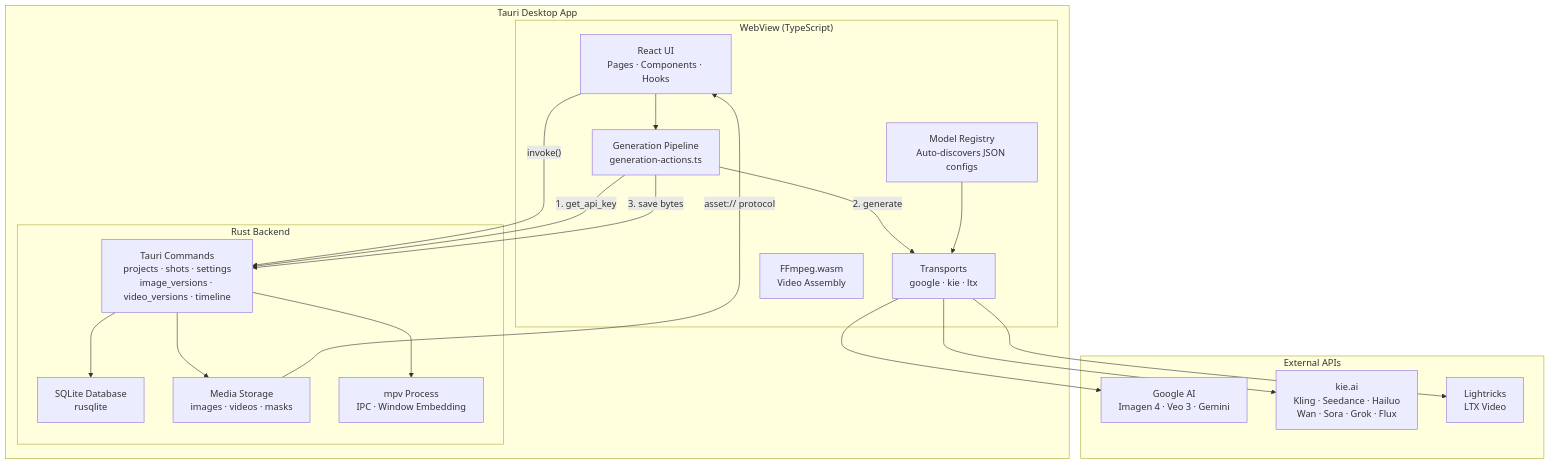
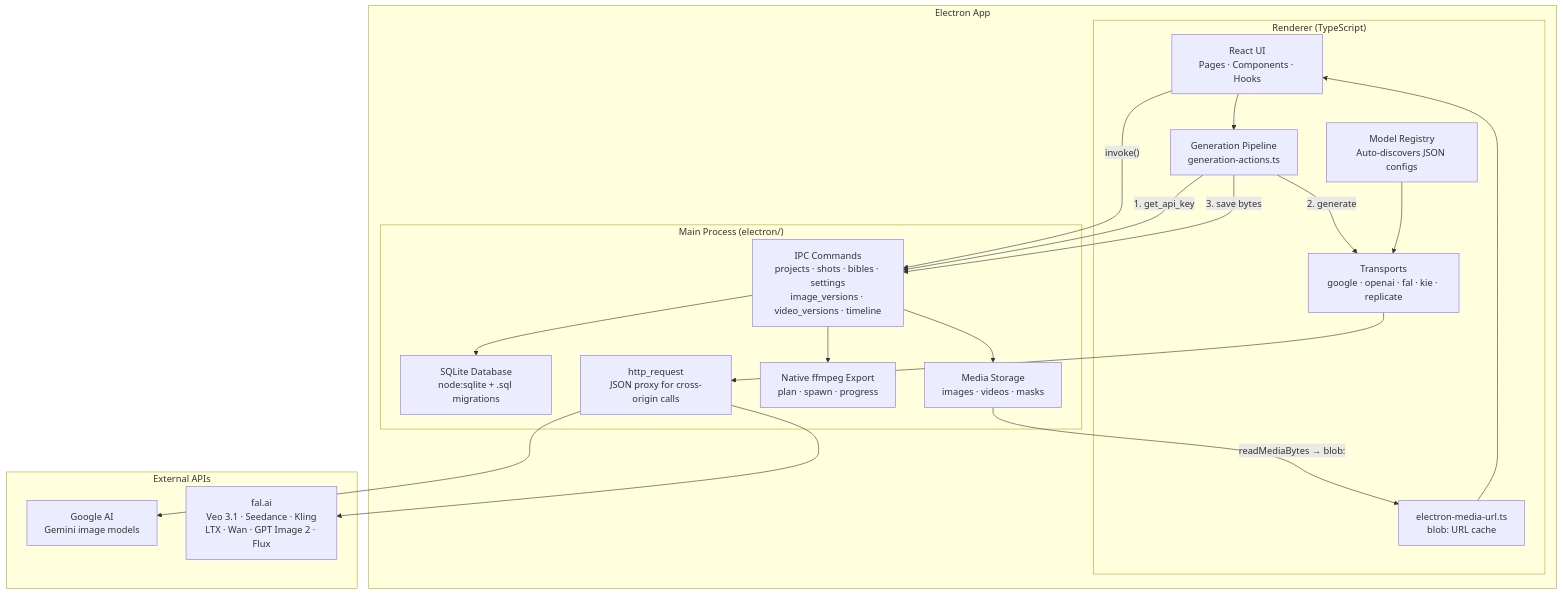
One commit to alexanderwanyoike/showbiz changed the second of 4 diagrams in docs/architecture.md. Above: the diagram before and after it, drawn with Mermaid. The commit also changed other lines of this file and 7 other files, not shown here.

````diff
--- a/docs/architecture.md
+++ b/docs/architecture.md
@@ -35,41 +38,42 @@
 ```mermaid
 graph TB
-    subgraph Desktop["Tauri Desktop App"]
-        subgraph WebView["WebView (TypeScript)"]
+    subgraph Desktop["Electron App"]
+        subgraph Renderer["Renderer (TypeScript)"]
             UI["React UI<br/>Pages · Components · Hooks"]
             Gen["Generation Pipeline<br/>generation-actions.ts"]
             Registry["Model Registry<br/>Auto-discovers JSON configs"]
-            Transports["Transports<br/>google · kie · ltx"]
-            FFmpeg["FFmpeg.wasm<br/>Video Assembly"]
+            Transports["Transports<br/>google · openai · fal · kie · replicate"]
+            MediaUrl["electron-media-url.ts<br/>blob: URL cache"]
         end
 
-        subgraph Rust["Rust Backend"]
-            Commands["Tauri Commands<br/>projects · shots · settings<br/>image_versions · video_versions · timeline"]
-            DB["SQLite Database<br/>rusqlite"]
+        subgraph Main["Main Process (electron/)"]
+            Commands["IPC Commands<br/>projects · shots · bibles · settings<br/>image_versions · video_versions · timeline"]
+            DB["SQLite Database<br/>node:sqlite + .sql migrations"]
             Media["Media Storage<br/>images · videos · masks"]
-            MPV["mpv Process<br/>IPC · Window Embedding"]
+            Export["Native ffmpeg Export<br/>plan · spawn · progress"]
+            Http["http_request<br/>JSON proxy for cross-origin calls"]
         end
     end
 
     subgraph Providers["External APIs"]
-        Google["Google AI<br/>Imagen 4 · Veo 3 · Gemini"]
-        KIE["kie.ai<br/>Kling · Seedance · Hailuo<br/>Wan · Sora · Grok · Flux"]
-        LTX["Lightricks<br/>LTX Video"]
+        Google["Google AI<br/>Gemini image models"]
+        Fal["fal.ai<br/>Veo 3.1 · Seedance · Kling<br/>LTX · Wan · GPT Image 2 · Flux"]
     end
 
     UI -->|"invoke()"| Commands
     Commands --> DB
     Commands --> Media
-    Commands --> MPV
-    Media -->|"asset:// protocol"| UI
+    Commands --> Export
+    Media -->|"readMediaBytes → blob:"| MediaUrl
+    MediaUrl --> UI
 
     UI --> Gen
     Gen -->|"1. get_api_key"| Commands
     Gen -->|"2. generate"| Transports
-    Transports --> Google
-    Transports --> KIE
-    Transports --> LTX
+    Transports --> Http
+    Http --> Google
+    Http --> Fal
     Gen -->|"3. save bytes"| Commands
 
     Registry --> Transports
 ```
````
